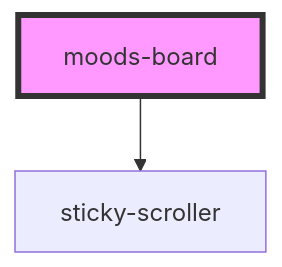
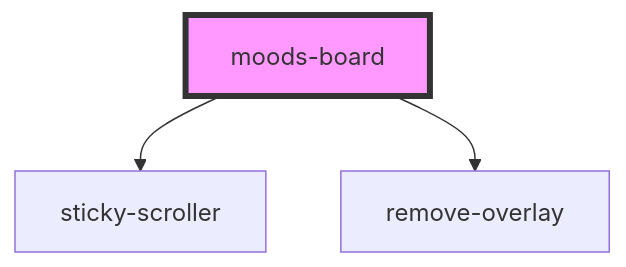
The diagram in src/components/moods-board/readme.md (the-design-release/leibal-components), drawn with Mermaid before and after one commit. The commit also changed other lines of this file and 5 other files, not shown here.

````diff
--- a/src/components/moods-board/readme.md
+++ b/src/components/moods-board/readme.md
@@ -22,5 +23,6 @@
 ```mermaid
 graph TD;
   moods-board --> sticky-scroller
+  moods-board --> remove-overlay
   style moods-board fill:#f9f,stroke:#333,stroke-width:4px
 ```
````
